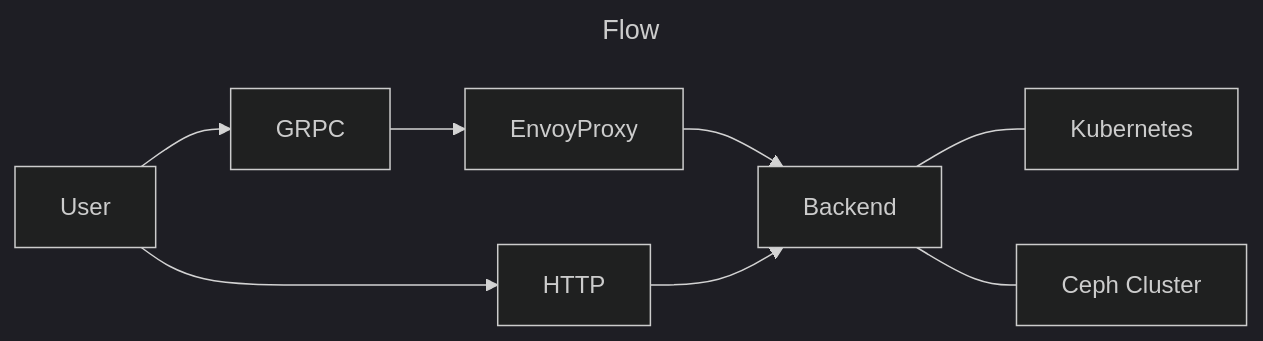
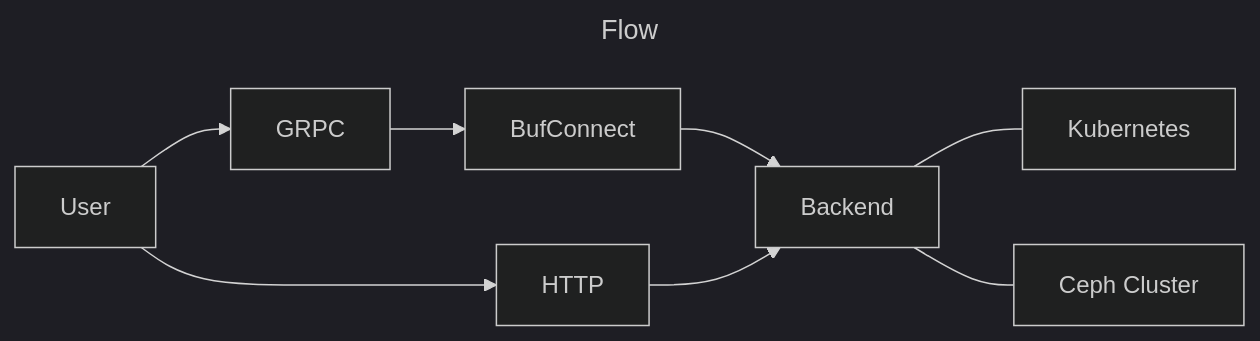
Before and after one commit to koor-tech/data-control-center: the diagram in design/base.md, drawn with Mermaid (dark theme). The commit also changed other lines of this file and 7 other files, not shown here.

````diff
--- a/design/base.md
+++ b/design/base.md
@@ -18,13 +18,13 @@
 ```mermaid
 ---
 title: "Flow"
 ---
 flowchart LR
     User --> GRPC
     User --> HTTP
-    GRPC --> EnvoyProxy
-    EnvoyProxy --> Backend
+    GRPC --> BufConnect
+    BufConnect --> Backend
     HTTP --> Backend
     Backend --- Kubernetes
     Backend --- CephCluster["Ceph Cluster"]
 ```
````
